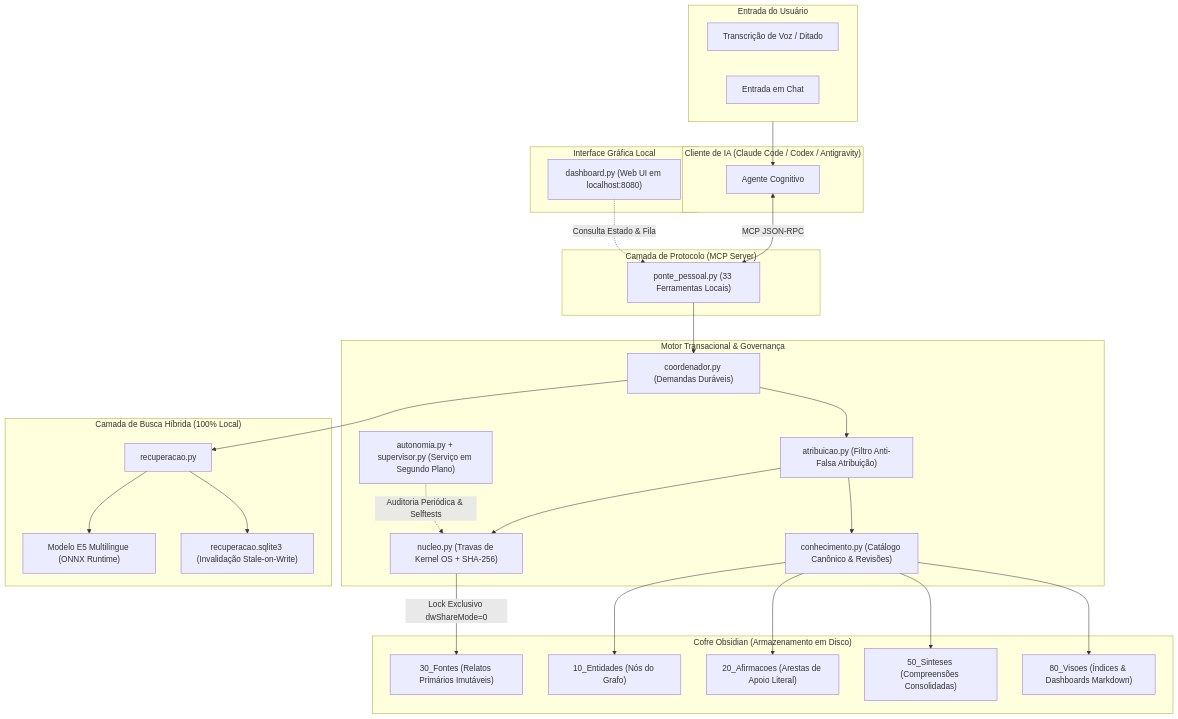
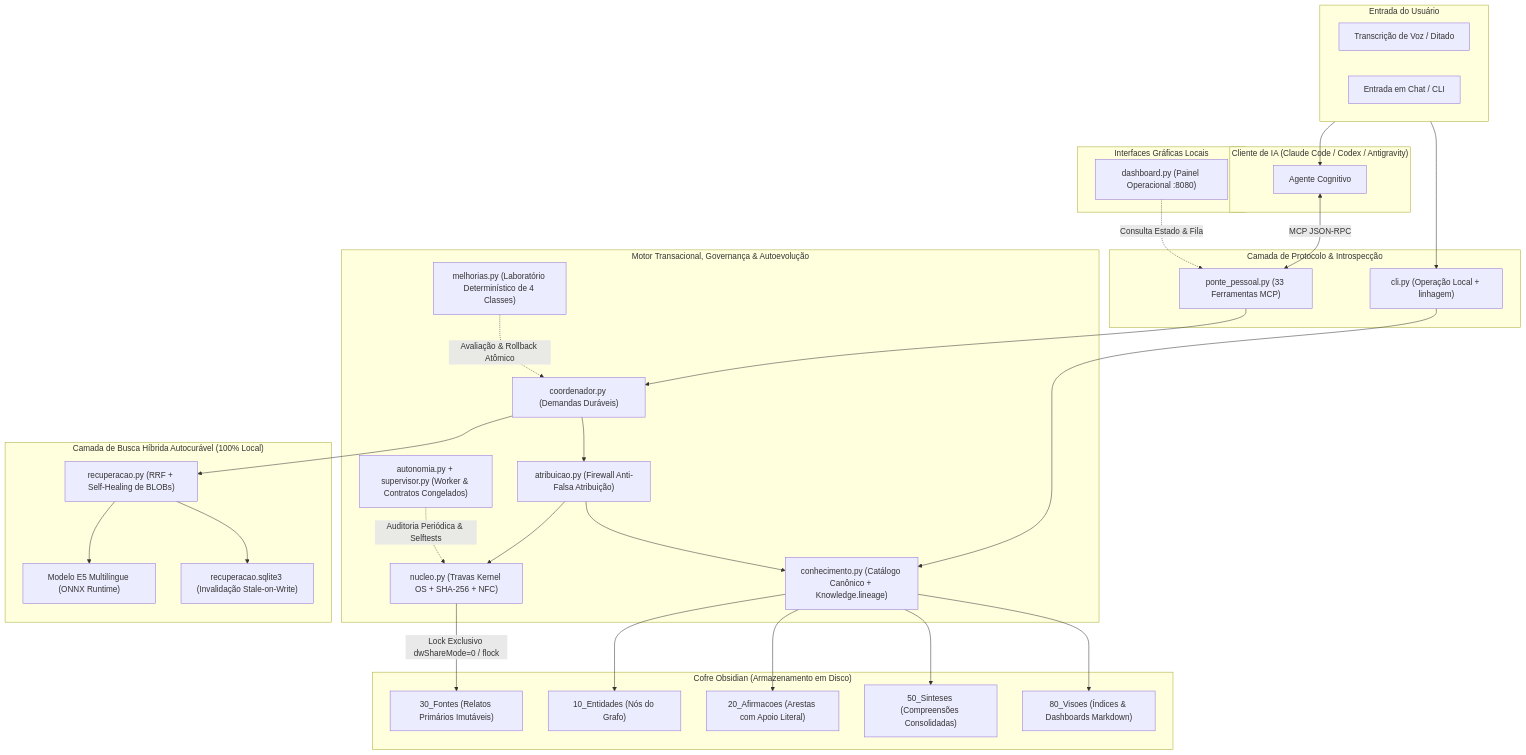
Before and after one commit to leoguimaraes49/epistemic-memory-core: the first of 3 diagrams in README.md, drawn with Mermaid. The commit also changed other lines of this file and 30 other files, not shown here.

````diff
--- a/README.md
+++ b/README.md
@@ -33,58 +36,63 @@
 ```mermaid
 flowchart TD
     subgraph Usuario ["Entrada do Usuário"]
         Voz["Transcrição de Voz / Ditado"]
-        Texto["Entrada em Chat"]
+        Texto["Entrada em Chat / CLI"]
     end
 
     subgraph ClienteIA ["Cliente de IA (Claude Code / Codex / Antigravity)"]
         Agente["Agente Cognitivo"]
     end
 
-    subgraph Protocolo ["Camada de Protocolo (MCP Server)"]
-        Ponte["ponte_pessoal.py (33 Ferramentas Locais)"]
+    subgraph Protocolo ["Camada de Protocolo & Introspecção"]
+        Ponte["ponte_pessoal.py (33 Ferramentas MCP)"]
+        CLILin["cli.py (Operação Local + linhagem)"]
     end
 
-    subgraph Motor ["Motor Transacional & Governança"]
+    subgraph Motor ["Motor Transacional, Governança & Autoevolução"]
         Coord["coordenador.py (Demandas Duráveis)"]
-        Atrib["atribuicao.py (Filtro Anti-Falsa Atribuição)"]
-        Nucleo["nucleo.py (Travas de Kernel OS + SHA-256)"]
-        Conhec["conhecimento.py (Catálogo Canônico & Revisões)"]
-        Worker["autonomia.py + supervisor.py (Serviço em Segundo Plano)"]
+        Atrib["atribuicao.py (Firewall Anti-Falsa Atribuição)"]
+        Nucleo["nucleo.py (Travas Kernel OS + SHA-256 + NFC)"]
+        Conhec["conhecimento.py (Catálogo Canônico + Knowledge.lineage)"]
+        Lab["melhorias.py (Laboratório Determinístico de 4 Classes)"]
+        Worker["autonomia.py + supervisor.py (Worker & Contratos Congelados)"]
     end
 
-    subgraph Recuperacao ["Camada de Busca Híbrida (100% Local)"]
-        Recup["recuperacao.py"]
+    subgraph Recuperacao ["Camada de Busca Híbrida Autocurável (100% Local)"]
+        Recup["recuperacao.py (RRF + Self-Healing de BLOBs)"]
         ONNX["Modelo E5 Multilíngue (ONNX Runtime)"]
         Cache["recuperacao.sqlite3 (Invalidação Stale-on-Write)"]
         Recup --> ONNX
         Recup --> Cache
     end
 
     subgraph Vault ["Cofre Obsidian (Armazenamento em Disco)"]
         Fontes["30_Fontes (Relatos Primários Imutáveis)"]
         Entidades["10_Entidades (Nós do Grafo)"]
-        Afirmacoes["20_Afirmacoes (Arestas de Apoio Literal)"]
+        Afirmacoes["20_Afirmacoes (Arestas com Apoio Literal)"]
         Sinteses["50_Sinteses (Compreensões Consolidadas)"]
         Visoes["80_Visoes (Índices & Dashboards Markdown)"]
     end
 
-    subgraph UI ["Interface Gráfica Local"]
-        Dash["dashboard.py (Web UI em localhost:8080)"]
+    subgraph UI ["Interfaces Gráficas Locais"]
+        Dash["dashboard.py (Painel Operacional :8080)"]
     end
 
     Usuario --> Agente
-    Agente <-->|MCP JSON-RPC| Ponte
+    Agente <-->|"MCP JSON-RPC"| Ponte
+    Usuario --> CLILin
     Ponte --> Coord
+    CLILin --> Conhec
     Coord --> Atrib
     Atrib --> Nucleo
     Atrib --> Conhec
     Coord --> Recup
-    Worker -.->|Auditoria Periódica & Selftests| Nucleo
-    Nucleo -->|Lock Exclusivo dwShareMode=0| Fontes
+    Lab -.->|"Avaliação & Rollback Atômico"| Coord
+    Worker -.->|"Auditoria Periódica & Selftests"| Nucleo
+    Nucleo -->|"Lock Exclusivo dwShareMode=0 / flock"| Fontes
     Conhec --> Entidades
     Conhec --> Afirmacoes
     Conhec --> Sinteses
     Conhec --> Visoes
-    Dash -.->|Consulta Estado & Fila| Ponte
+    Dash -.->|"Consulta Estado & Fila"| Ponte
 ```
````
